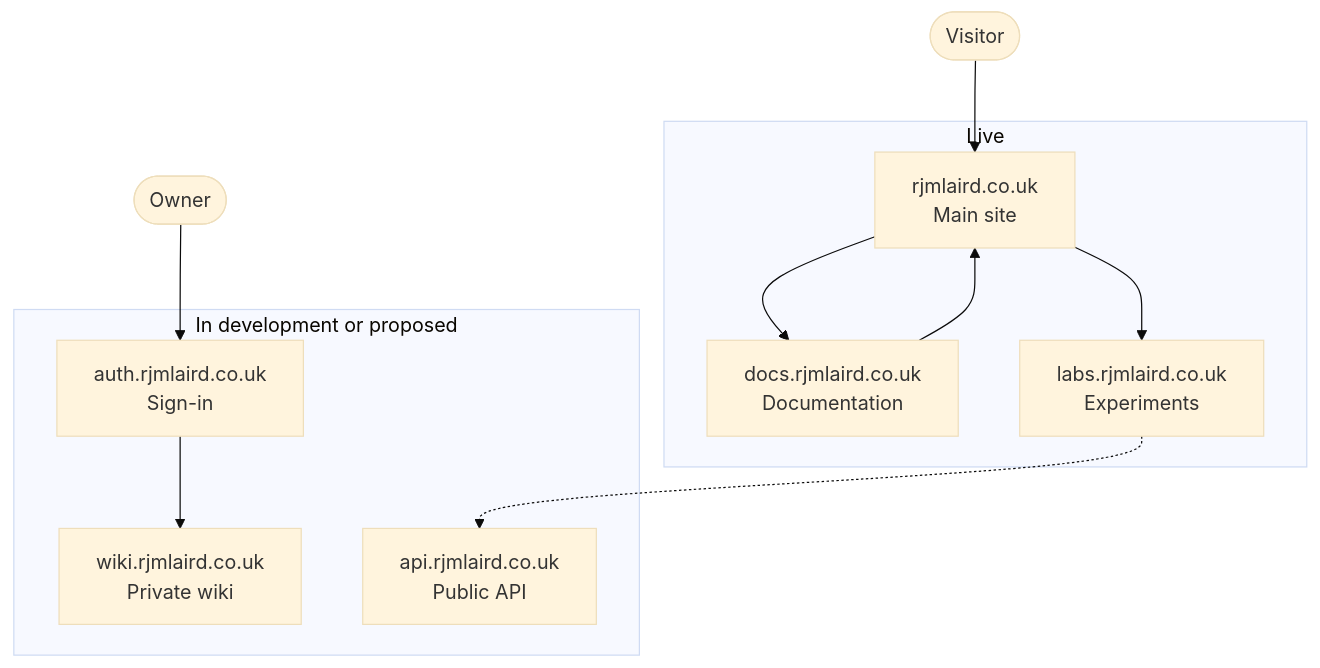
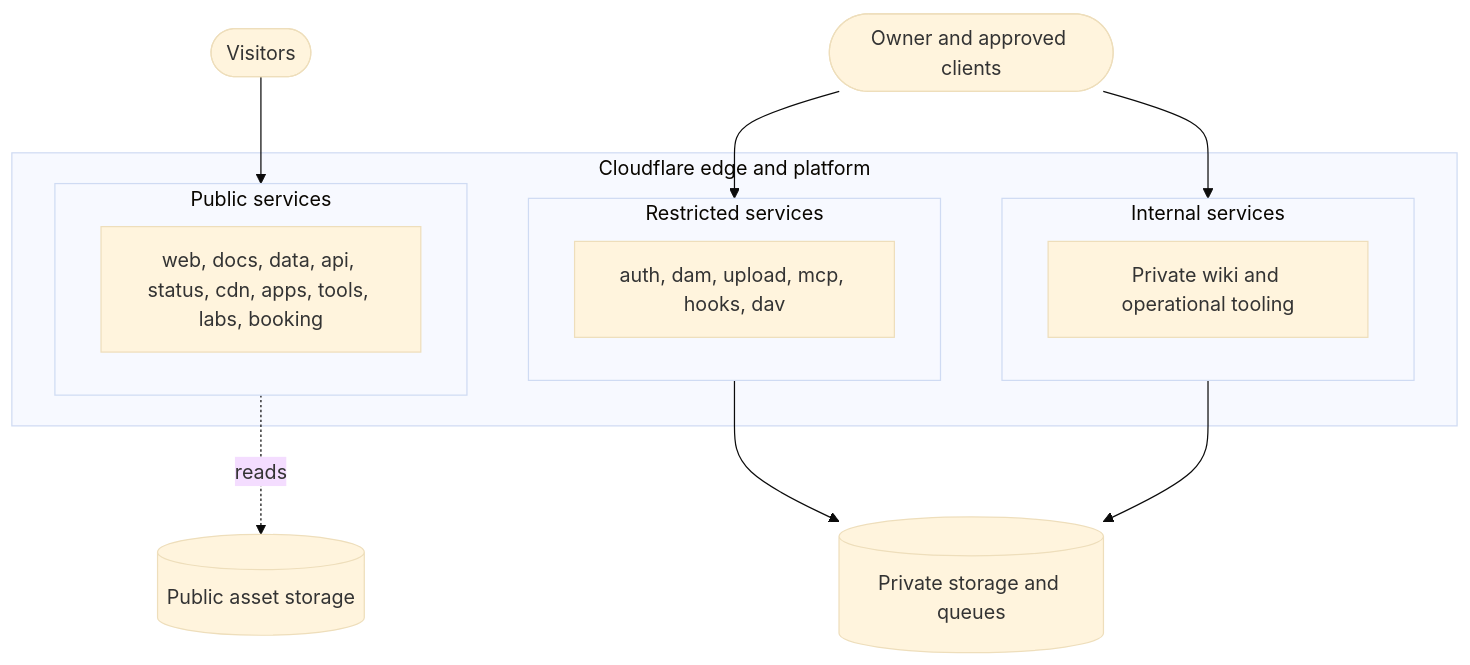
Before and after one commit to rjmlaird/rjmlaird-docs: the diagram in docs/architecture/overview.md, drawn with Mermaid (base theme). The commit also changed other lines of this file and 379 other files, not shown here.

````diff
--- a/docs/architecture/overview.md
+++ b/docs/architecture/overview.md
@@ -95,25 +85,27 @@
 ```mermaid
-flowchart TD
-  visitor([Visitor])
-  owner([Owner])
+flowchart TB
+  visitors([Visitors])
+  owner([Owner and approved clients])
 
-  subgraph live["Live"]
-    root["rjmlaird.co.uk<br/>Main site"]
-    docs["docs.rjmlaird.co.uk<br/>Documentation"]
-    labs["labs.rjmlaird.co.uk<br/>Experiments"]
+  subgraph cf["Cloudflare edge and platform"]
+    subgraph pub["Public services"]
+      pubsvc["web, docs, data, api, status, cdn, apps, tools, labs, booking"]
+    end
+    subgraph res["Restricted services"]
+      ressvc["auth, dam, upload, mcp, hooks, dav"]
+    end
+    subgraph int["Internal services"]
+      intsvc["Private wiki and operational tooling"]
+    end
   end
 
-  subgraph dev["In development or proposed"]
-    auth["auth.rjmlaird.co.uk<br/>Sign-in"]
-    wiki["wiki.rjmlaird.co.uk<br/>Private wiki"]
-    api["api.rjmlaird.co.uk<br/>Public API"]
-  end
+  pubstore[("Public asset storage")]
+  privstore[("Private storage and queues")]
 
-  visitor --> root
-  root --> docs
-  root --> labs
-  docs --> root
-  labs -.-> api
-  owner --> auth
-  auth --> wiki
+  visitors --> pub
+  owner --> res
+  owner --> int
+  pub -.->|reads| pubstore
+  res --> privstore
+  int --> privstore
 ```
````
